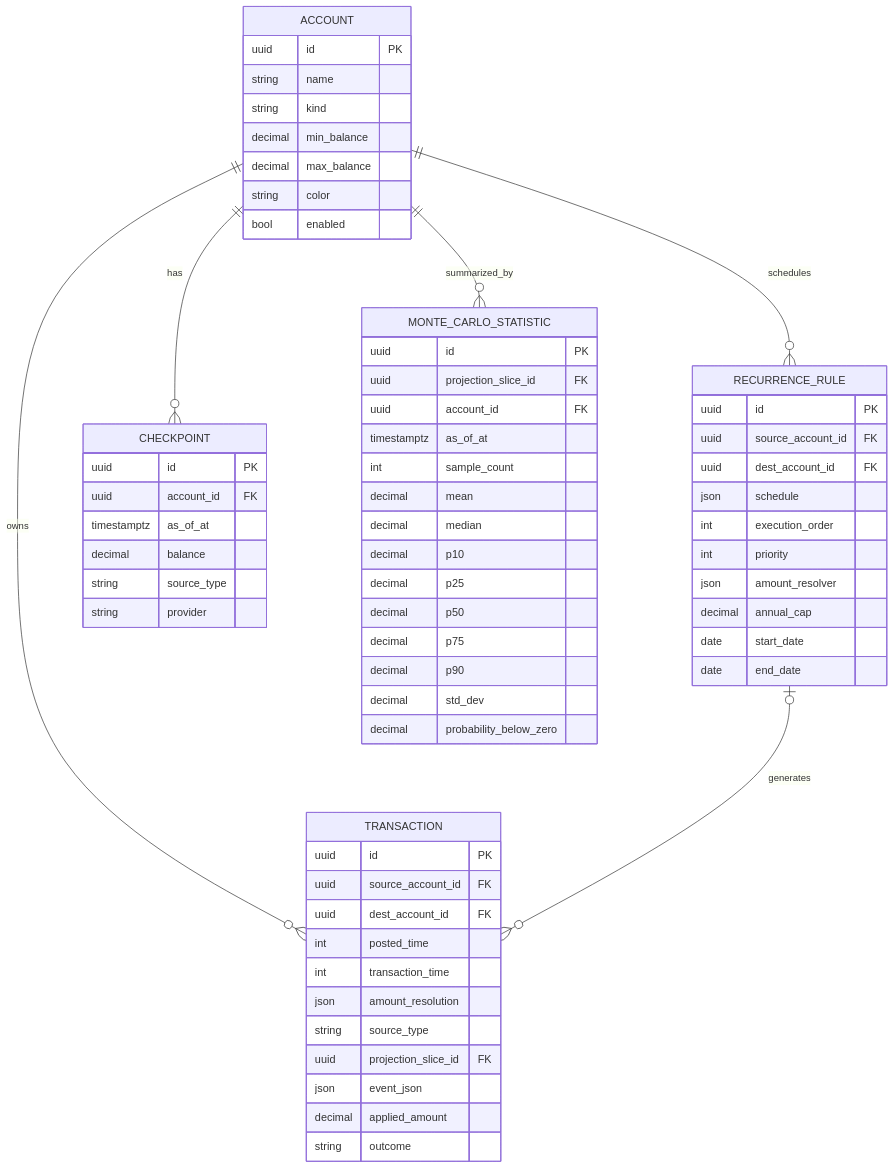
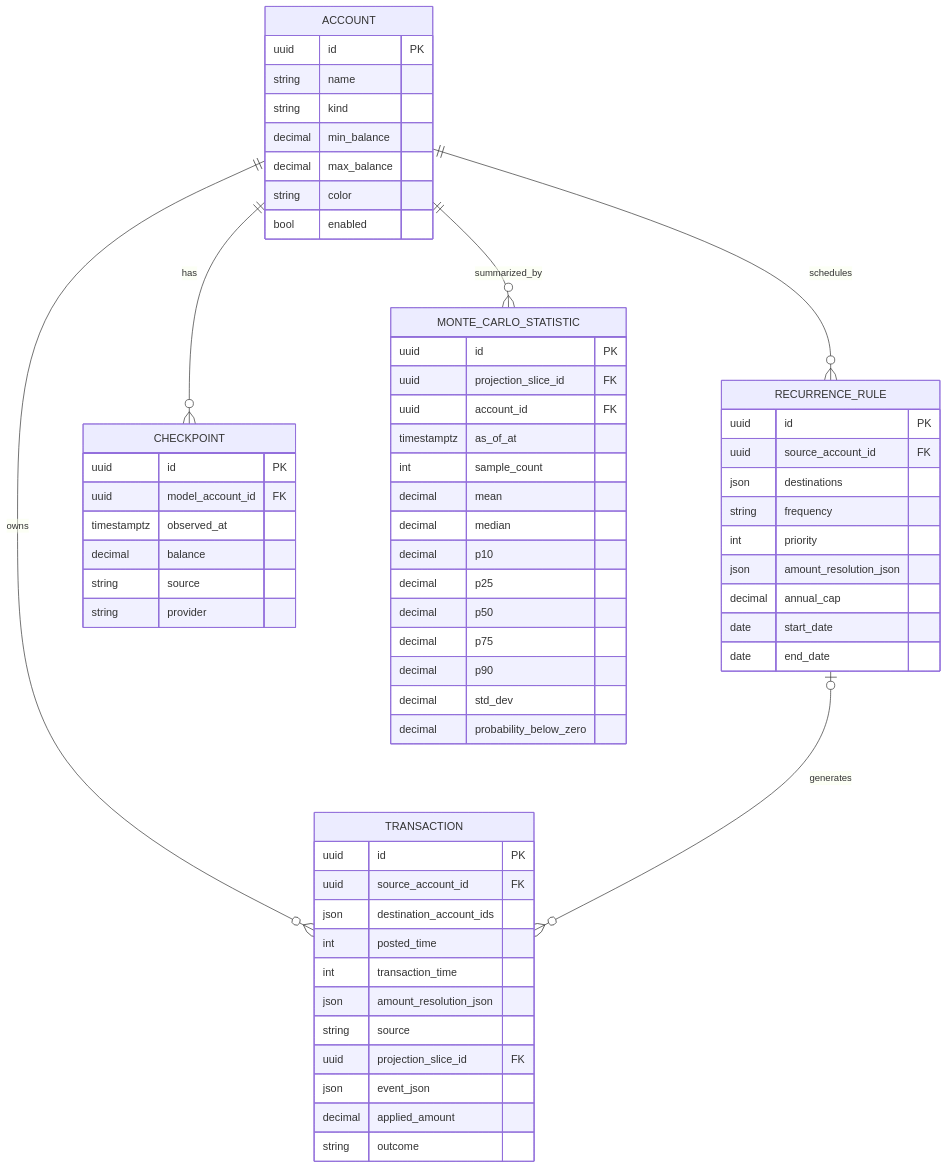
The diagram in docs/diagrams/unified-data-model.mmd (SimHoZebs/net-worth-estimator), drawn with Mermaid before and after one commit. The commit also changed 74 other files, not shown here.

```diff
--- a/docs/diagrams/unified-data-model.mmd
+++ b/docs/diagrams/unified-data-model.mmd
@@ -1,65 +1,64 @@
 erDiagram
     ACCOUNT ||--o{ TRANSACTION : owns
     ACCOUNT ||--o{ RECURRENCE_RULE : schedules
     ACCOUNT ||--o{ CHECKPOINT : has
     ACCOUNT ||--o{ MONTE_CARLO_STATISTIC : summarized_by
     RECURRENCE_RULE |o--o{ TRANSACTION : generates
 
     ACCOUNT {
         uuid id PK
         string name
         string kind
         decimal min_balance
         decimal max_balance
         string color
         bool enabled
     }
     TRANSACTION {
         uuid id PK
         uuid source_account_id FK
-        uuid dest_account_id FK
+        json destination_account_ids
         int posted_time
         int transaction_time
-        json amount_resolution
-        string source_type
+        json amount_resolution_json
+        string source
         uuid projection_slice_id FK
         json event_json
         decimal applied_amount
         string outcome
     }
     RECURRENCE_RULE {
         uuid id PK
         uuid source_account_id FK
-        uuid dest_account_id FK
-        json schedule
-        int execution_order
+        json destinations
+        string frequency
         int priority
-        json amount_resolver
+        json amount_resolution_json
         decimal annual_cap
         date start_date
         date end_date
     }
     CHECKPOINT {
         uuid id PK
-        uuid account_id FK
-        timestamptz as_of_at
+        uuid model_account_id FK
+        timestamptz observed_at
         decimal balance
-        string source_type
+        string source
         string provider
     }
     MONTE_CARLO_STATISTIC {
         uuid id PK
         uuid projection_slice_id FK
         uuid account_id FK
         timestamptz as_of_at
         int sample_count
         decimal mean
         decimal median
         decimal p10
         decimal p25
         decimal p50
         decimal p75
         decimal p90
         decimal std_dev
         decimal probability_below_zero
     }
```
